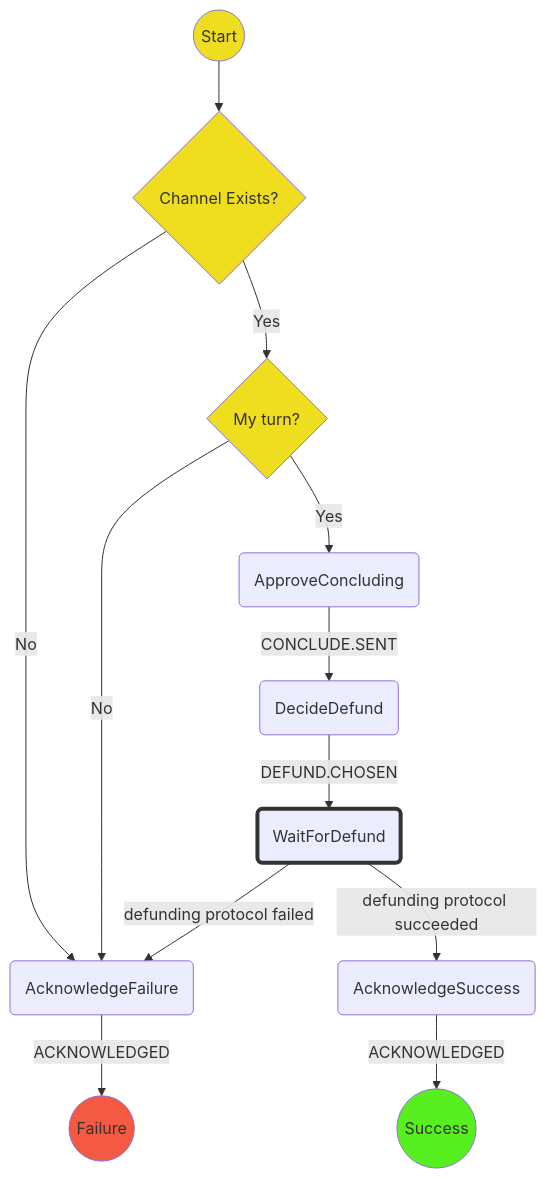
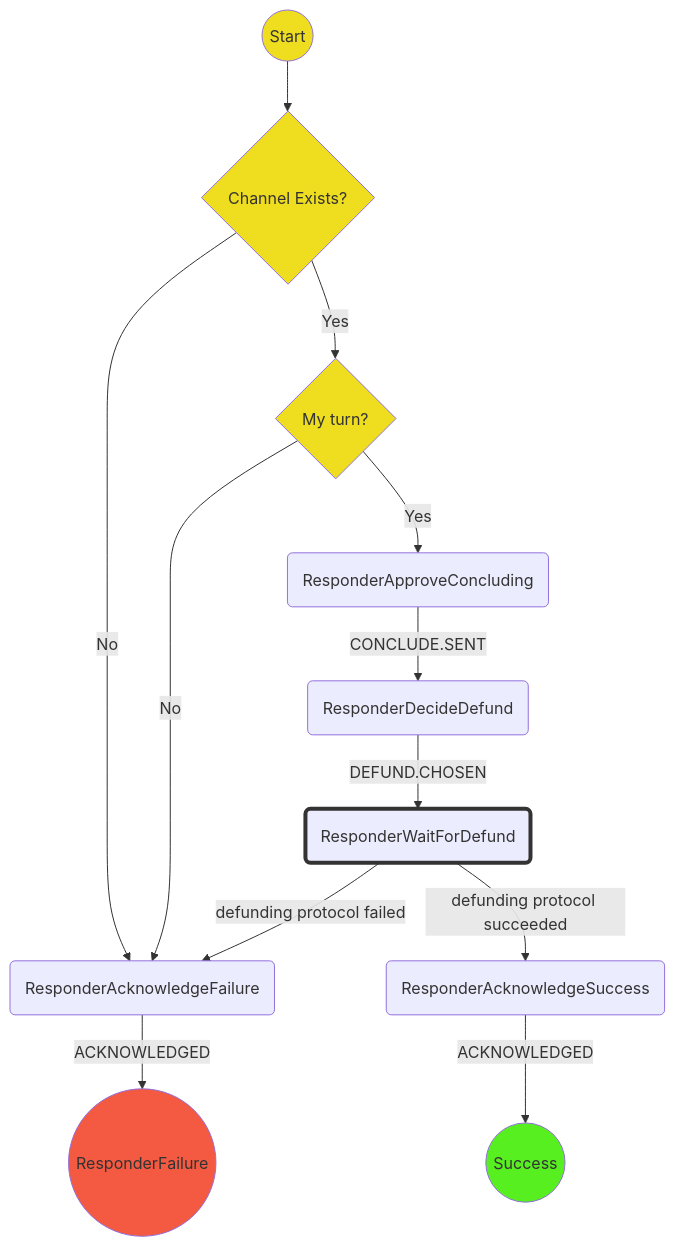
The diagram in packages/wallet/src/redux/protocols/concluding/responder/readme.md (magmo/apps), drawn with Mermaid before and after one commit. The commit also changed other lines of this file and 9 other files, not shown here.

Commit message:
Distinguish concluding state type strings (instigator/responder)

````diff
--- a/packages/wallet/src/redux/protocols/concluding/responder/readme.md
+++ b/packages/wallet/src/redux/protocols/concluding/responder/readme.md
@@ -21,20 +21,20 @@
 ```mermaid
 graph TD
   S((Start)) --> E{Channel Exists?}
-  E --> |No| AF(AcknowledgeFailure)
-  AF -->|ACKNOWLEDGED| F((Failure))
+  E --> |No| AF(ResponderAcknowledgeFailure)
+  AF -->|ACKNOWLEDGED| F((ResponderFailure))
   E --> |Yes| MT{My turn?}
-  MT  --> |Yes| CC(ApproveConcluding)
-  MT  --> |No| AF(AcknowledgeFailure)
-  CC  --> |CONCLUDE.SENT| DD(DecideDefund)
-  DD --> |DEFUND.CHOSEN| D(WaitForDefund)
-  D   --> |defunding protocol succeeded| AS(AcknowledgeSuccess)
+  MT  --> |Yes| CC(ResponderApproveConcluding)
+  MT  --> |No| AF(ResponderAcknowledgeFailure)
+  CC  --> |CONCLUDE.SENT| DD(ResponderDecideDefund)
+  DD --> |DEFUND.CHOSEN| D(ResponderWaitForDefund)
+  D   --> |defunding protocol succeeded| AS(ResponderAcknowledgeSuccess)
   AS -->  |ACKNOWLEDGED| SS((Success))
-  D   --> |defunding protocol failed| AF(AcknowledgeFailure)
+  D   --> |defunding protocol failed| AF(ResponderAcknowledgeFailure)
   style S  fill:#efdd20
   style E  fill:#efdd20
   style MT fill:#efdd20
   style SS fill:#58ef21
   style F  fill:#f45941
   style D stroke:#333,stroke-width:4px
 ```
````
